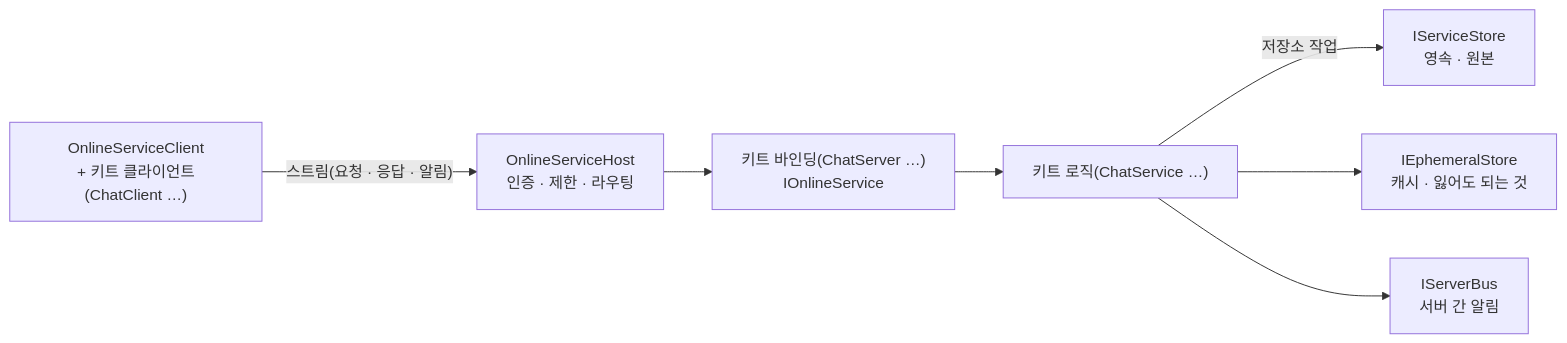
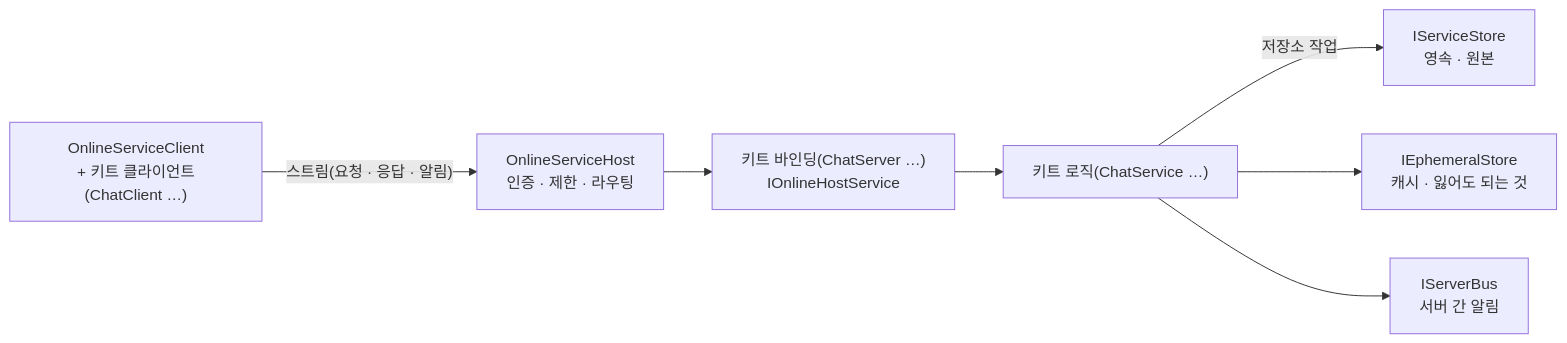
Before and after one commit to sswgame/LearningTemplate: the diagram in Source/GameFramework/Base/Online/README.md, drawn with Mermaid. The commit also changed other lines of this file and 30 other files, not shown here.

First line of the commit message:
온라인 - IOnlineService 를 IOnlineHostService 로, registerService 를 registerHostService 로 바꾼다

````diff
--- a/Source/GameFramework/Base/Online/README.md
+++ b/Source/GameFramework/Base/Online/README.md
@@ -20,9 +20,9 @@
 ```mermaid
 flowchart LR
   Client["OnlineServiceClient<br/>+ 키트 클라이언트(ChatClient …)"] -- "스트림(요청 · 응답 · 알림)" --> Host["OnlineServiceHost<br/>인증 · 제한 · 라우팅"]
-  Host --> Binding["키트 바인딩(ChatServer …)<br/>IOnlineService"]
+  Host --> Binding["키트 바인딩(ChatServer …)<br/>IOnlineHostService"]
   Binding --> Logic["키트 로직(ChatService …)"]
   Logic -- "저장소 작업" --> Store["IServiceStore<br/>영속 · 원본"]
   Logic --> Cache["IEphemeralStore<br/>캐시 · 잃어도 되는 것"]
   Logic --> Bus["IServerBus<br/>서버 간 알림"]
 ```
````
